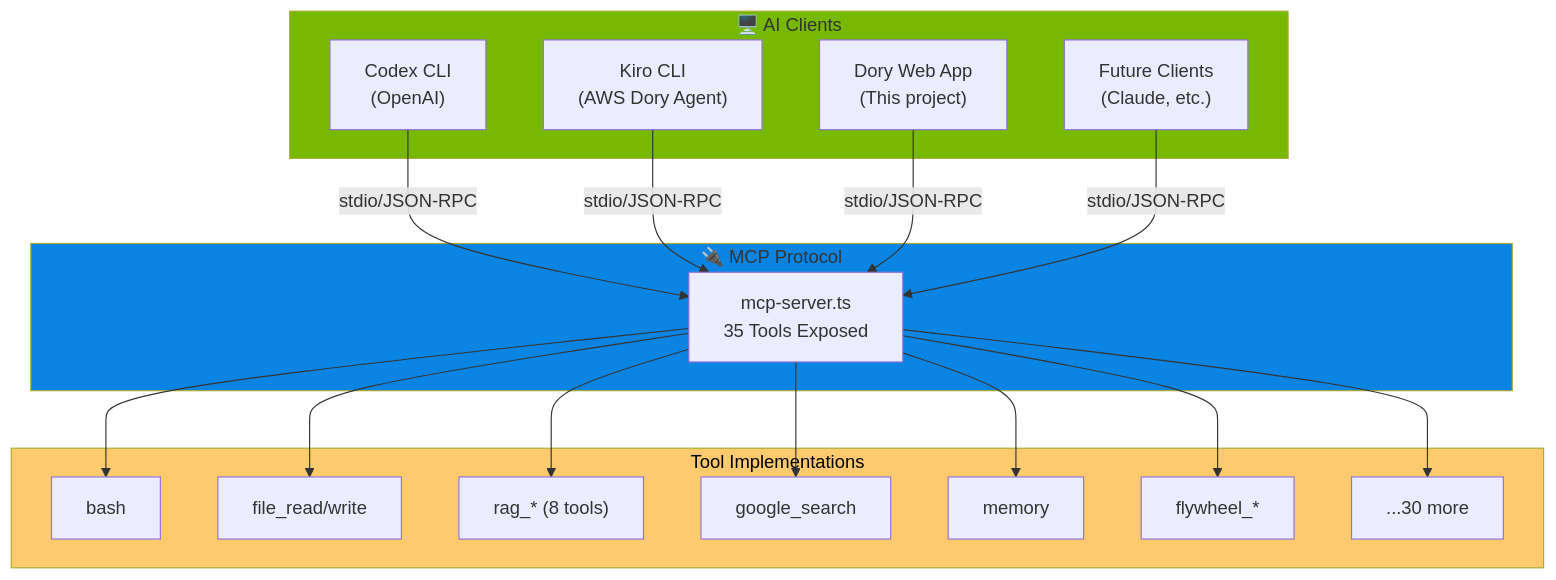
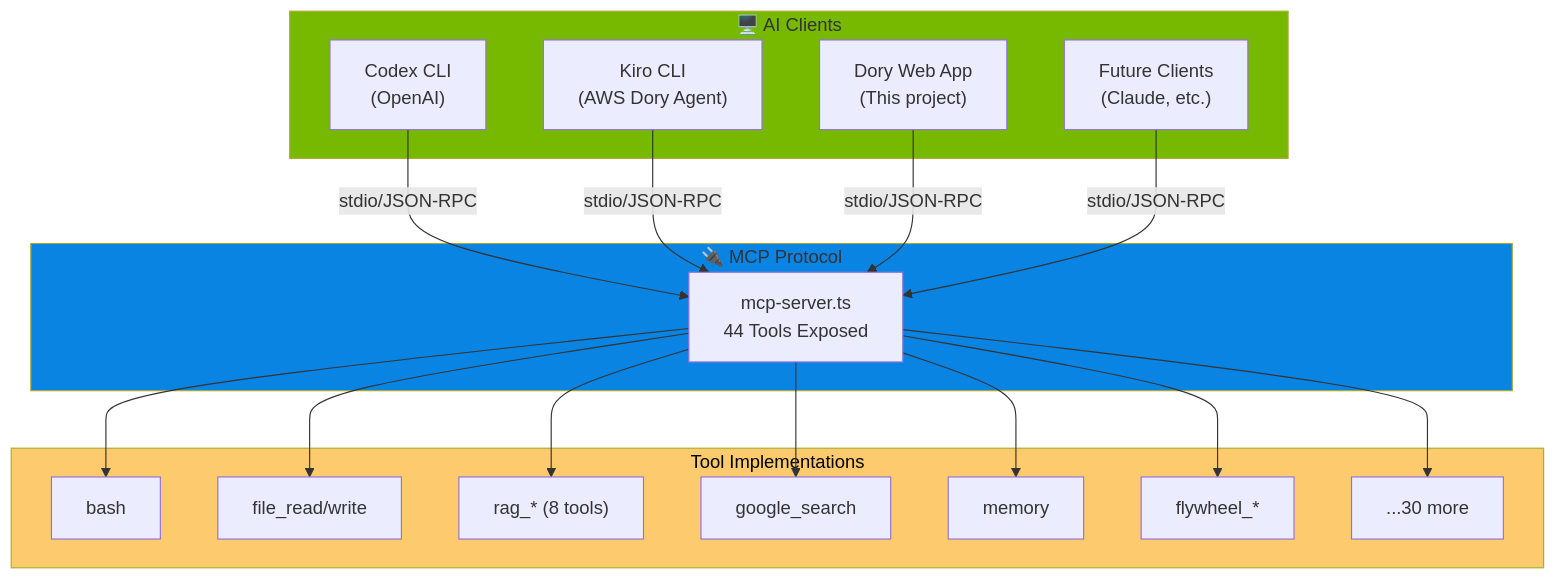
The eighth of 10 diagrams in README.md (caser-legal/nvidia-cli), drawn with Mermaid before and after one commit. The commit also changed other lines of this file, not shown here.

First line of the commit message:
docs: Update README with current status - 44 tools, MCP v2.0.0, Dec 2025

````diff
--- a/README.md
+++ b/README.md
@@ -1428,40 +1435,40 @@
 ```mermaid
 flowchart TB
     subgraph Clients["🖥️ AI Clients"]
         CODEX["Codex CLI<br/>(OpenAI)"]
         KIRO["Kiro CLI<br/>(AWS Dory Agent)"]
         DORY["Dory Web App<br/>(This project)"]
         FUTURE["Future Clients<br/>(Claude, etc.)"]
     end
 
     subgraph MCP["🔌 MCP Protocol"]
-        SERVER["mcp-server.ts<br/>35 Tools Exposed"]
+        SERVER["mcp-server.ts<br/>44 Tools Exposed"]
     end
 
     subgraph Tools[" Tool Implementations"]
         BASH["bash"]
         FILE["file_read/write"]
         RAG["rag_* (8 tools)"]
         SEARCH["google_search"]
         MEMORY["memory"]
         FLYWHEEL["flywheel_*"]
         MORE["...30 more"]
     end
 
     CODEX -->|"stdio/JSON-RPC"| SERVER
     KIRO -->|"stdio/JSON-RPC"| SERVER
     DORY -->|"stdio/JSON-RPC"| SERVER
     FUTURE -->|"stdio/JSON-RPC"| SERVER
 
     SERVER --> BASH
     SERVER --> FILE
     SERVER --> RAG
     SERVER --> SEARCH
     SERVER --> MEMORY
     SERVER --> FLYWHEEL
     SERVER --> MORE
 
     style Clients fill:#76b900
     style MCP fill:#0984e3
     style Tools fill:#fdcb6e,color:#000
 ```
````
